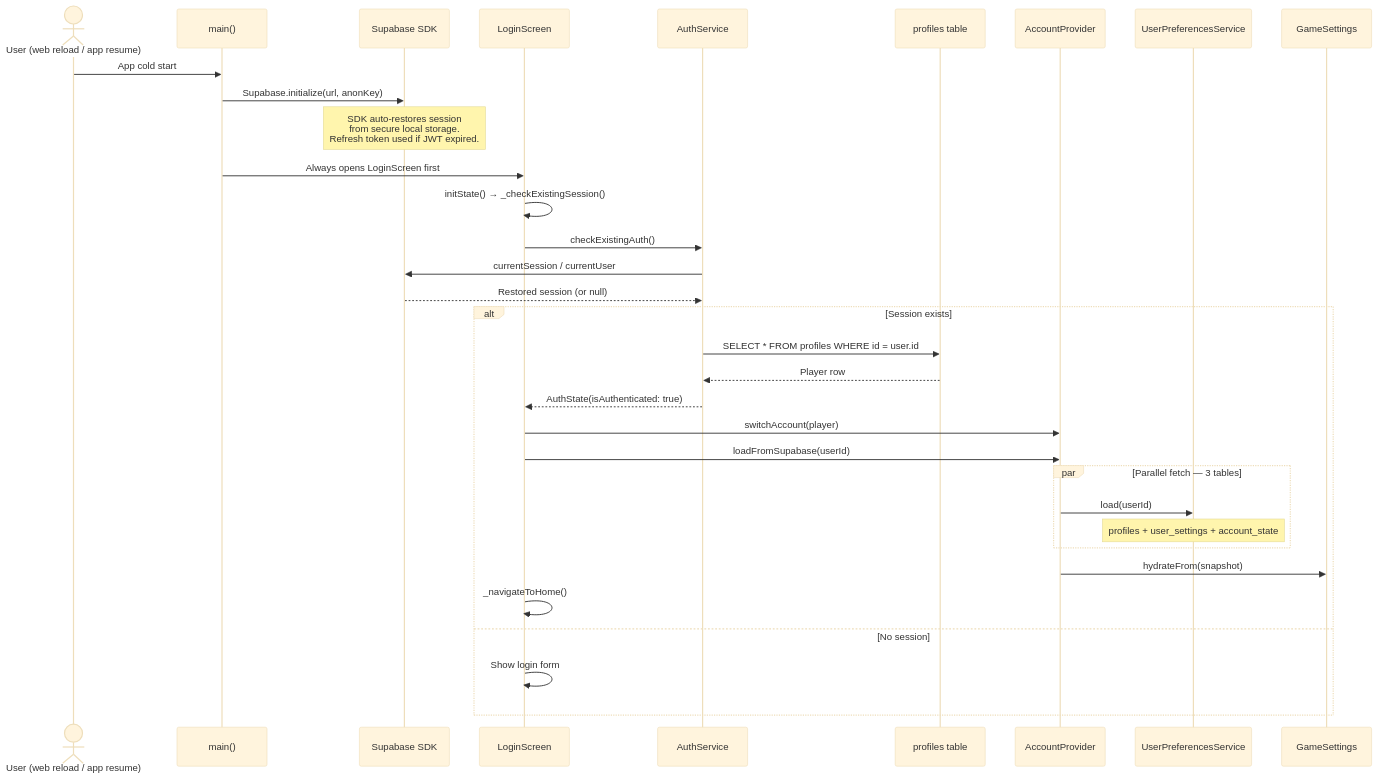
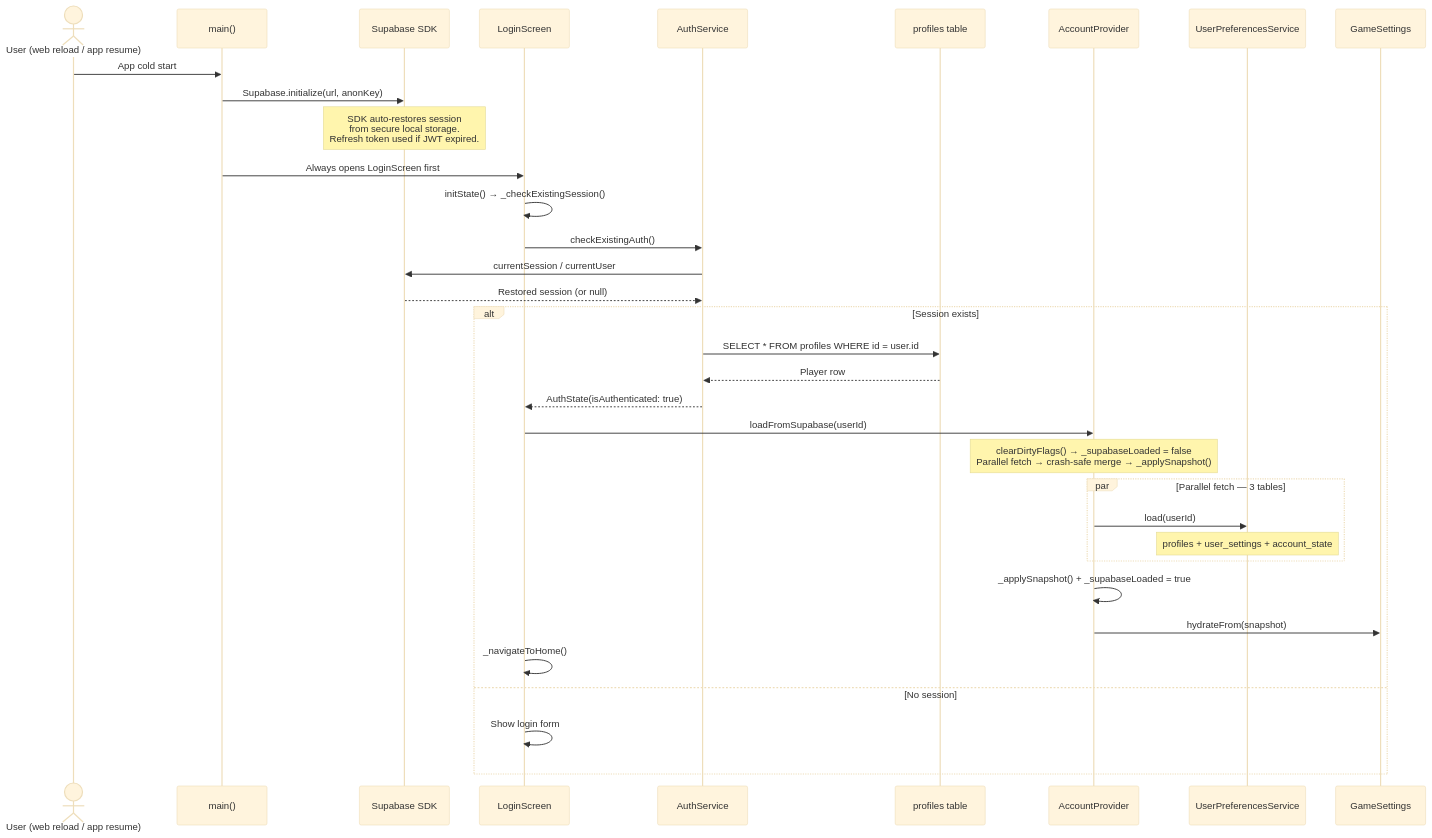
The fifth of 17 diagrams in ARCHITECTURE.md (JamieMBright/flit), drawn with Mermaid (base theme) before and after one commit. The commit also changed other lines of this file, not shown here.

First line of the commit message:
docs: update ARCHITECTURE.md with 2026-02-25 persistence audit findings

````diff
--- a/ARCHITECTURE.md
+++ b/ARCHITECTURE.md
@@ -293,43 +296,45 @@
 ```mermaid
 sequenceDiagram
     actor Browser as User (web reload / app resume)
     participant Main as main()
     participant SupabaseSDK as Supabase SDK
     participant LoginScreen
     participant AuthService
     participant ProfilesDB as profiles table
     participant AccountProvider
     participant UserPrefsService as UserPreferencesService
     participant GameSettings
 
     Browser->>Main: App cold start
     Main->>SupabaseSDK: Supabase.initialize(url, anonKey)
 
     Note over SupabaseSDK: SDK auto-restores session<br/>from secure local storage.<br/>Refresh token used if JWT expired.
 
     Main->>LoginScreen: Always opens LoginScreen first
 
     LoginScreen->>LoginScreen: initState() → _checkExistingSession()
     LoginScreen->>AuthService: checkExistingAuth()
     AuthService->>SupabaseSDK: currentSession / currentUser
     SupabaseSDK-->>AuthService: Restored session (or null)
 
     alt Session exists
         AuthService->>ProfilesDB: SELECT * FROM profiles WHERE id = user.id
         ProfilesDB-->>AuthService: Player row
         AuthService-->>LoginScreen: AuthState(isAuthenticated: true)
 
-        LoginScreen->>AccountProvider: switchAccount(player)
         LoginScreen->>AccountProvider: loadFromSupabase(userId)
+
+        Note over AccountProvider: clearDirtyFlags() → _supabaseLoaded = false<br/>Parallel fetch → crash-safe merge → _applySnapshot()
 
         par Parallel fetch — 3 tables
             AccountProvider->>UserPrefsService: load(userId)
             Note over UserPrefsService: profiles + user_settings + account_state
         end
 
+        AccountProvider->>AccountProvider: _applySnapshot() + _supabaseLoaded = true
         AccountProvider->>GameSettings: hydrateFrom(snapshot)
         LoginScreen->>LoginScreen: _navigateToHome()
     else No session
         LoginScreen->>LoginScreen: Show login form
     end
 ```
````
